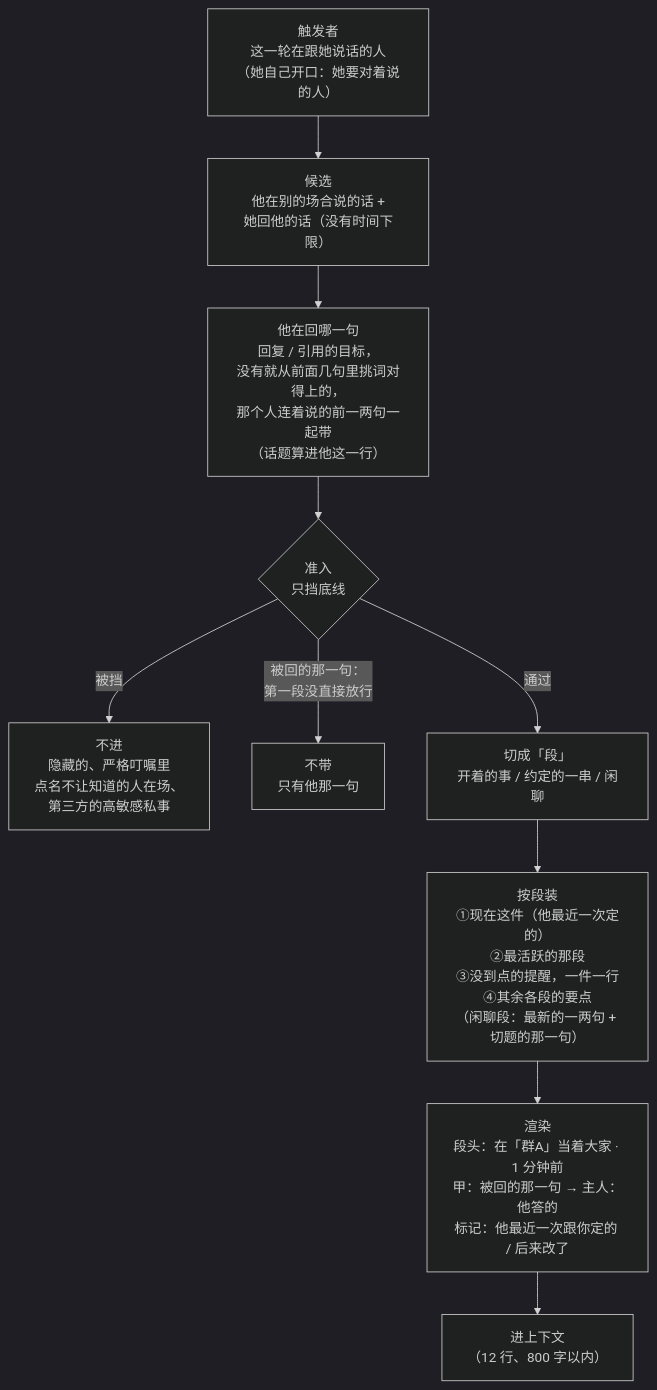
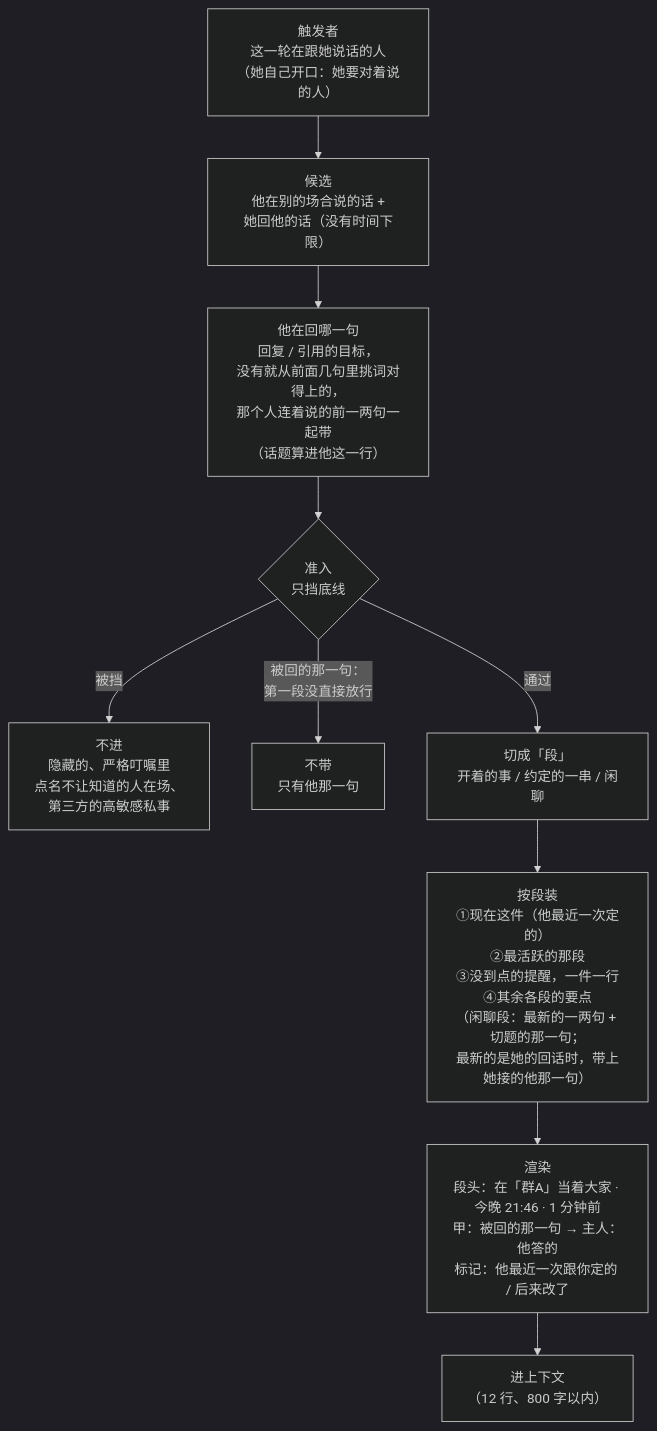
Before and after one commit to QiuYeDx/dsh-rugu: the fifth of 9 diagrams in docs/图解.md, drawn with Mermaid (dark theme). The commit also changed other lines of this file and 21 other files, not shown here.

````diff
--- a/docs/图解.md
+++ b/docs/图解.md
@@ -196,12 +203,12 @@
 ```mermaid
 flowchart TB
   TR["触发者<br/>这一轮在跟她说话的人<br/>（她自己开口：她要对着说的人）"] --> CA["候选<br/>他在别的场合说的话 +<br/>她回他的话（没有时间下限）"]
   CA --> RP["他在回哪一句<br/>回复 / 引用的目标，<br/>没有就从前面几句里挑词对得上的，<br/>那个人连着说的前一两句一起带<br/>（话题算进他这一行）"]
   RP --> AD{"准入<br/>只挡底线"}
   AD -->|被挡| X["不进<br/>隐藏的、严格叮嘱里<br/>点名不让知道的人在场、<br/>第三方的高敏感私事"]
   AD -->|"被回的那一句：<br/>第一段没直接放行"| X2["不带<br/>只有他那一句"]
   AD -->|通过| UN["切成「段」<br/>开着的事 / 约定的一串 / 闲聊"]
-  UN --> SEL["按段装<br/>①现在这件（他最近一次定的）<br/>②最活跃的那段<br/>③没到点的提醒，一件一行<br/>④其余各段的要点<br/>（闲聊段：最新的一两句 + 切题的那一句）"]
-  SEL --> RD["渲染<br/>段头：在「群A」当着大家 · 1 分钟前<br/>甲：被回的那一句 → 主人：他答的<br/>标记：他最近一次跟你定的 / 后来改了"]
+  UN --> SEL["按段装<br/>①现在这件（他最近一次定的）<br/>②最活跃的那段<br/>③没到点的提醒，一件一行<br/>④其余各段的要点<br/>（闲聊段：最新的一两句 + 切题的那一句；<br/>最新的是她的回话时，带上她接的他那一句）"]
+  SEL --> RD["渲染<br/>段头：在「群A」当着大家 · 今晚 21:46 · 1 分钟前<br/>甲：被回的那一句 → 主人：他答的<br/>标记：他最近一次跟你定的 / 后来改了"]
   RD --> OUT["进上下文<br/>（12 行、800 字以内）"]
 ```
````
